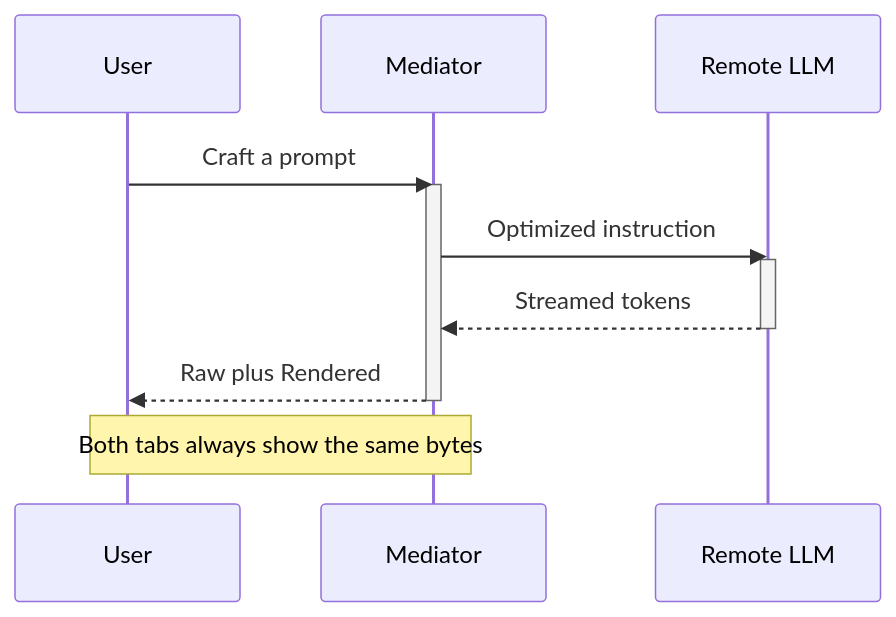
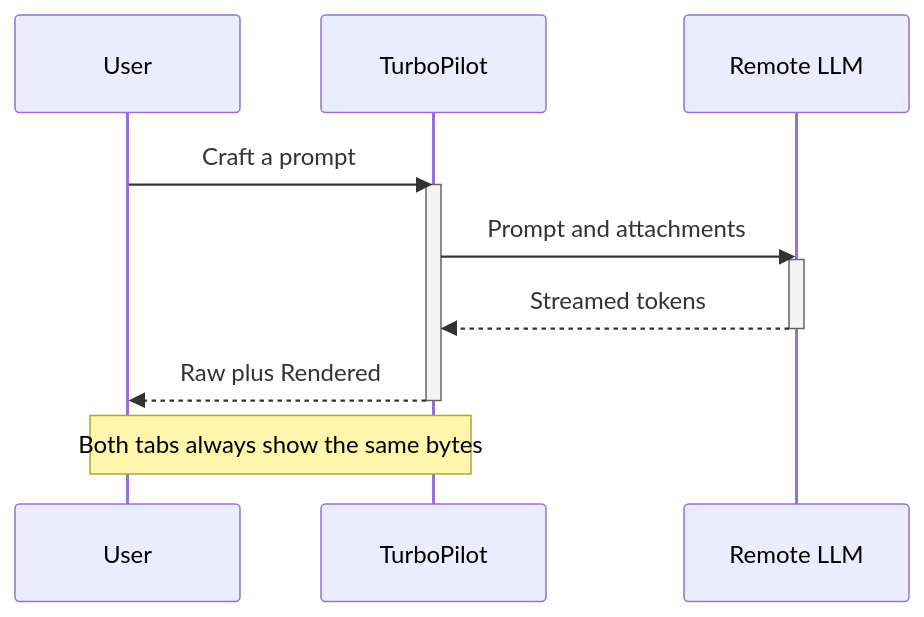
Before and after one commit to mighty-studios/TurboPilot: the second of 3 diagrams in src/TurboPilot/Assets/SampleTranscript.md, drawn with Mermaid. The commit also changed other lines of this file and 22 other files, not shown here.

````diff
--- a/src/TurboPilot/Assets/SampleTranscript.md
+++ b/src/TurboPilot/Assets/SampleTranscript.md
@@ -94,15 +95,15 @@
 ```mermaid
 sequenceDiagram
     participant U as User
-    participant M as Mediator
+    participant T as TurboPilot
     participant L as Remote LLM
-    U->>M: Craft a prompt
-    activate M
-    M->>L: Optimized instruction
+    U->>T: Craft a prompt
+    activate T
+    T->>L: Prompt and attachments
     activate L
-    L-->>M: Streamed tokens
+    L-->>T: Streamed tokens
     deactivate L
-    M-->>U: Raw plus Rendered
-    deactivate M
-    Note over U,M: Both tabs always show the same bytes
+    T-->>U: Raw plus Rendered
+    deactivate T
+    Note over U,T: Both tabs always show the same bytes
 ```
````
